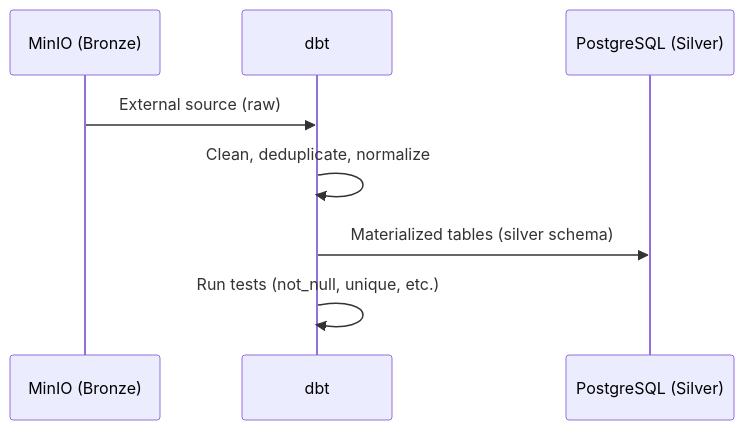
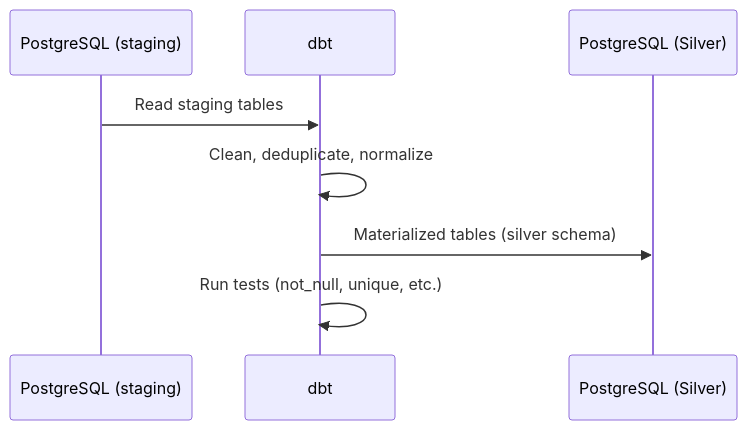
One commit to RochaCarla/doc-bp changed the third of 5 diagrams in docs/arquitetura/fluxo-de-dados.md. Above: the diagram before and after it, drawn with Mermaid. The commit also changed other lines of this file and 28 other files, not shown here.

````diff
--- a/docs/arquitetura/fluxo-de-dados.md
+++ b/docs/arquitetura/fluxo-de-dados.md
@@ -71,11 +77,11 @@
 ```mermaid
 sequenceDiagram
-    participant MinIO as MinIO (Bronze)
+    participant PG_STG as PostgreSQL (staging)
     participant dbt as dbt
-    participant PG as PostgreSQL (Silver)
+    participant PG_S as PostgreSQL (Silver)
 
-    MinIO->>dbt: External source (raw)
+    PG_STG->>dbt: Read staging tables
     dbt->>dbt: Clean, deduplicate, normalize
-    dbt->>PG: Materialized tables (silver schema)
+    dbt->>PG_S: Materialized tables (silver schema)
     dbt->>dbt: Run tests (not_null, unique, etc.)
 ```
````
